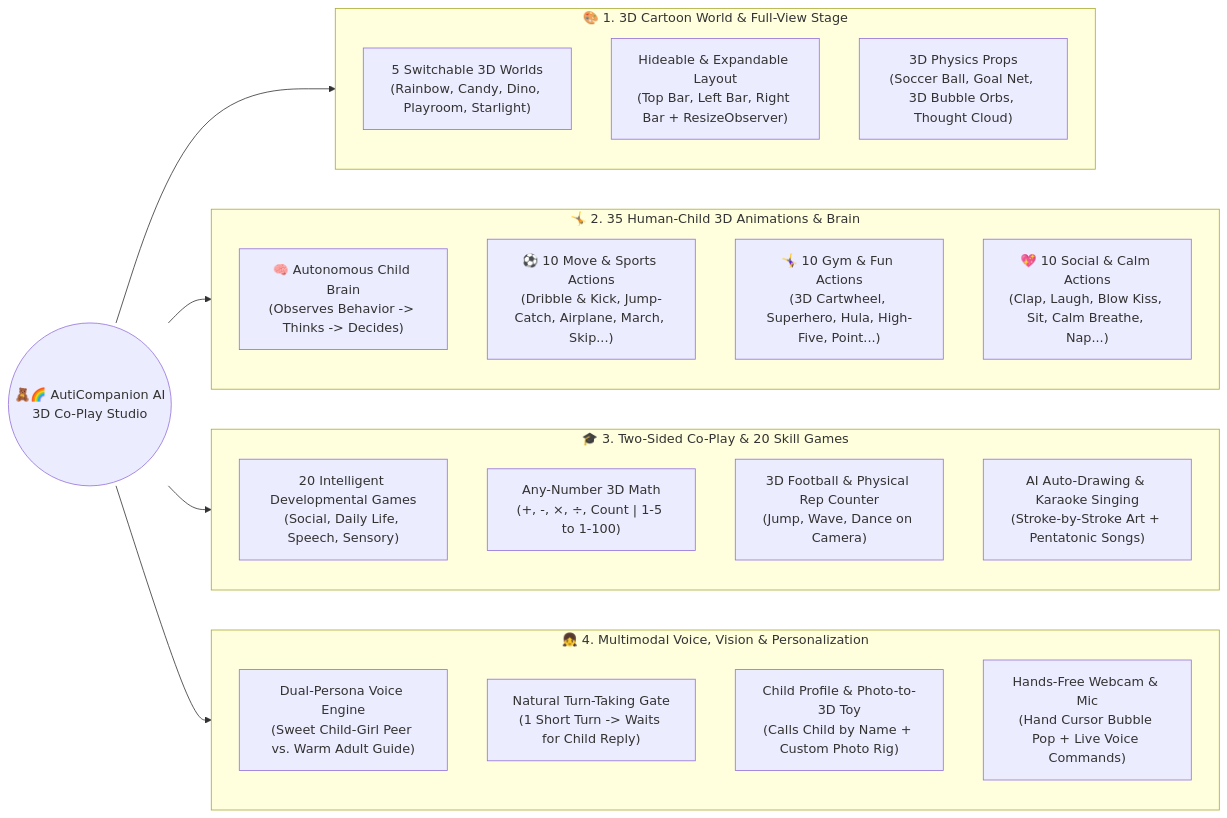
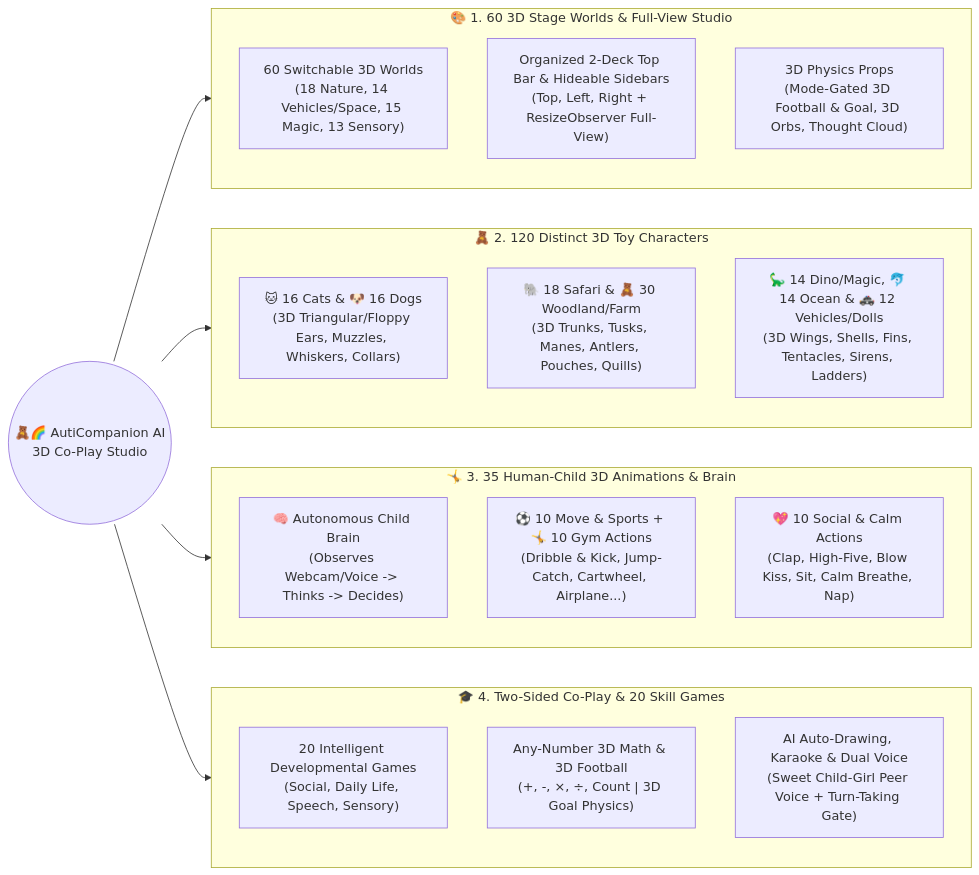
The first of 3 diagrams in README.md (mrmohammadalamin/AutiCompanion-3D-AI), drawn with Mermaid before and after one commit. The commit also changed other lines of this file and 8 other files, not shown here.

Commit message:
Add new demo video, screenshots, and full documentation for 120 3D toys, 60 3D stage worlds, and two-sided co-play in README.md

````diff
--- a/README.md
+++ b/README.md
@@ -172,36 +235,33 @@
 ```mermaid
 flowchart LR
     ROOT(("🧸🌈 AutiCompanion AI\n3D Co-Play Studio"))
 
-    subgraph S1["🎨 1. 3D Cartoon World & Full-View Stage"]
-        W1["5 Switchable 3D Worlds\n(Rainbow, Candy, Dino, Playroom, Starlight)"]
-        W2["Hideable & Expandable Layout\n(Top Bar, Left Bar, Right Bar + ResizeObserver)"]
-        W3["3D Physics Props\n(Soccer Ball, Goal Net, 3D Bubble Orbs, Thought Cloud)"]
+    subgraph S1["🎨 1. 60 3D Stage Worlds & Full-View Studio"]
+        W1["60 Switchable 3D Worlds\n(18 Nature, 14 Vehicles/Space, 15 Magic, 13 Sensory)"]
+        W2["Organized 2-Deck Top Bar & Hideable Sidebars\n(Top, Left, Right + ResizeObserver Full-View)"]
+        W3["3D Physics Props\n(Mode-Gated 3D Football & Goal, 3D Orbs, Thought Cloud)"]
     end
 
-    subgraph S2["🤸 2. 35 Human-Child 3D Animations & Brain"]
-        A1["🧠 Autonomous Child Brain\n(Observes Behavior -> Thinks -> Decides)"]
-        A2["⚽ 10 Move & Sports Actions\n(Dribble & Kick, Jump-Catch, Airplane, March, Skip...)"]
-        A3["🤸‍♀️ 10 Gym & Fun Actions\n(3D Cartwheel, Superhero, Hula, High-Five, Point...)"]
-        A4["💖 10 Social & Calm Actions\n(Clap, Laugh, Blow Kiss, Sit, Calm Breathe, Nap...)"]
+    subgraph S2["🧸 2. 120 Distinct 3D Toy Characters"]
+        T1["🐱 16 Cats & 🐶 16 Dogs\n(3D Triangular/Floppy Ears, Muzzles, Whiskers, Collars)"]
+        T2["🐘 18 Safari & 🧸 30 Woodland/Farm\n(3D Trunks, Tusks, Manes, Antlers, Pouches, Quills)"]
+        T3["🦕 14 Dino/Magic, 🐬 14 Ocean & 🚓 12 Vehicles/Dolls\n(3D Wings, Shells, Fins, Tentacles, Sirens, Ladders)"]
     end
 
-    subgraph S3["🎓 3. Two-Sided Co-Play & 20 Skill Games"]
-        G1["20 Intelligent Developmental Games\n(Social, Daily Life, Speech, Sensory)"]
-        G2["Any-Number 3D Math\n(+, -, ×, ÷, Count | 1-5 to 1-100)"]
-        G3["3D Football & Physical Rep Counter\n(Jump, Wave, Dance on Camera)"]
-        G4["AI Auto-Drawing & Karaoke Singing\n(Stroke-by-Stroke Art + Pentatonic Songs)"]
+    subgraph S3["🤸 3. 35 Human-Child 3D Animations & Brain"]
+        A1["🧠 Autonomous Child Brain\n(Observes Webcam/Voice -> Thinks -> Decides)"]
+        A2["⚽ 10 Move & Sports + 🤸 10 Gym Actions\n(Dribble & Kick, Jump-Catch, Cartwheel, Airplane...)"]
+        A3["💖 10 Social & Calm Actions\n(Clap, High-Five, Blow Kiss, Sit, Calm Breathe, Nap)"]
     end
 
-    subgraph S4["👧 4. Multimodal Voice, Vision & Personalization"]
-        V1["Dual-Persona Voice Engine\n(Sweet Child-Girl Peer vs. Warm Adult Guide)"]
-        V2["Natural Turn-Taking Gate\n(1 Short Turn -> Waits for Child Reply)"]
-        V3["Child Profile & Photo-to-3D Toy\n(Calls Child by Name + Custom Photo Rig)"]
-        V4["Hands-Free Webcam & Mic\n(Hand Cursor Bubble Pop + Live Voice Commands)"]
+    subgraph S4["🎓 4. Two-Sided Co-Play & 20 Skill Games"]
+        G1["20 Intelligent Developmental Games\n(Social, Daily Life, Speech, Sensory)"]
+        G2["Any-Number 3D Math & 3D Football\n(+, -, ×, ÷, Count | 3D Goal Physics)"]
+        G3["AI Auto-Drawing, Karaoke & Dual Voice\n(Sweet Child-Girl Peer Voice + Turn-Taking Gate)"]
     end
 
     ROOT --> S1
     ROOT --> S2
     ROOT --> S3
     ROOT --> S4
 ```
````
